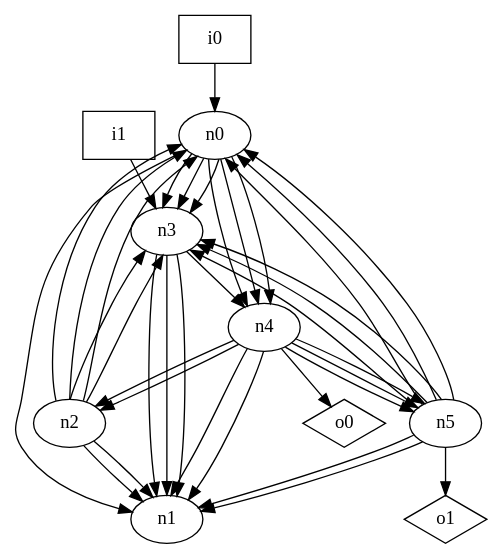
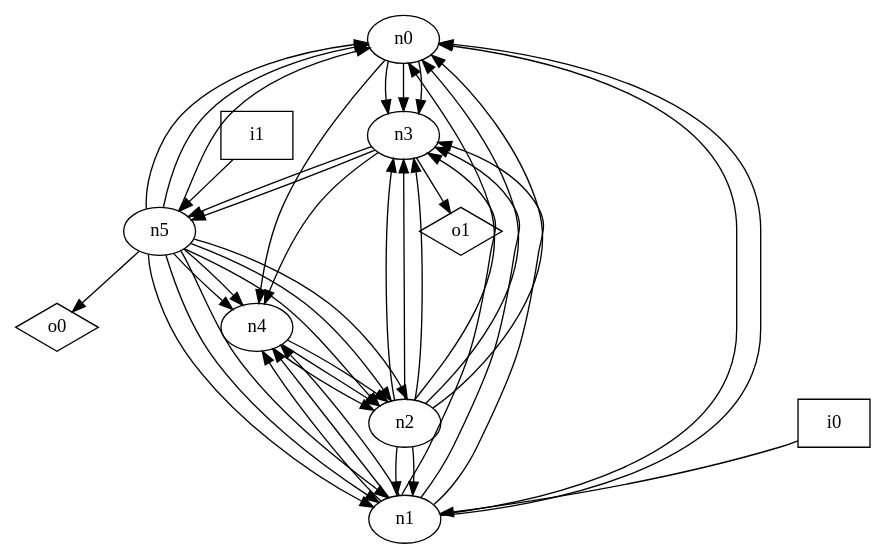
Before and after one commit to p9romain/bool-circuits: the diagram in dot_files/random/random_oriented_graph.dot, drawn with Graphviz. The commit also changed 30 other files, not shown here.

```diff
--- a/dot_files/random/random_oriented_graph.dot
+++ b/dot_files/random/random_oriented_graph.dot
@@ -1,49 +1,53 @@
 digraph G {
 n0 [label="n0"];
 n1 [label="n1"];
 n2 [label="n2"];
 n3 [label="n3"];
 n4 [label="n4"];
 n5 [label="n5"];
 n6 [label="i0",shape="box"];
 n7 [label="i1",shape="box"];
 n8 [label="o0",shape="diamond"];
 n9 [label="o1",shape="diamond"];
-n0 -> n1
 n0 -> n3
 n0 -> n3
 n0 -> n3
 n0 -> n4
-n0 -> n4
-n0 -> n4
+n1 -> n0
+n1 -> n0
+n1 -> n3
+n1 -> n3
+n1 -> n3
+n1 -> n4
+n1 -> n4
+n1 -> n4
 n2 -> n0
 n2 -> n0
 n2 -> n0
 n2 -> n1
 n2 -> n1
 n2 -> n3
 n2 -> n3
-n3 -> n1
-n3 -> n1
-n3 -> n1
+n2 -> n3
 n3 -> n4
-n4 -> n1
-n4 -> n1
+n3 -> n5
+n3 -> n5
+n3 -> n9
 n4 -> n2
 n4 -> n2
-n4 -> n5
-n4 -> n5
-n4 -> n5
-n4 -> n8
+n4 -> n2
 n5 -> n0
 n5 -> n0
 n5 -> n0
 n5 -> n1
 n5 -> n1
-n5 -> n3
-n5 -> n3
-n5 -> n3
-n5 -> n9
-n6 -> n0
-n7 -> n3
+n5 -> n1
+n5 -> n2
+n5 -> n2
+n5 -> n2
+n5 -> n4
+n5 -> n4
+n5 -> n8
+n6 -> n1
+n7 -> n5
 }
```
